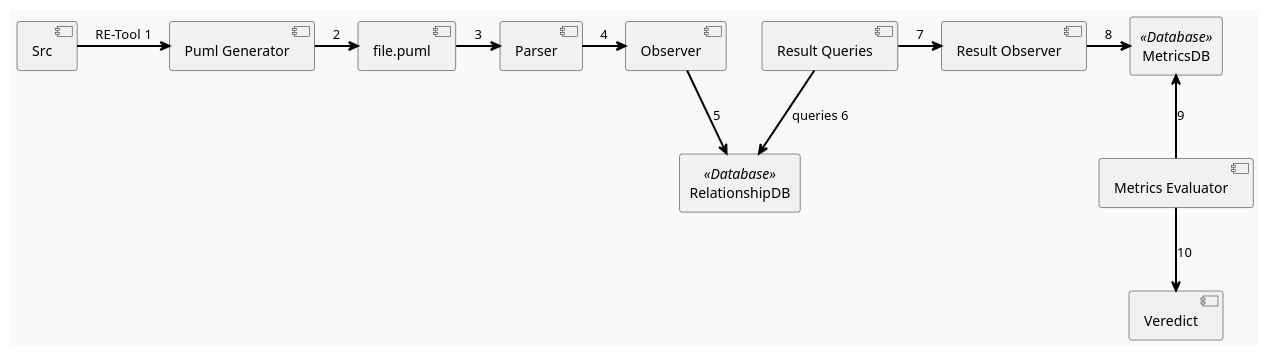
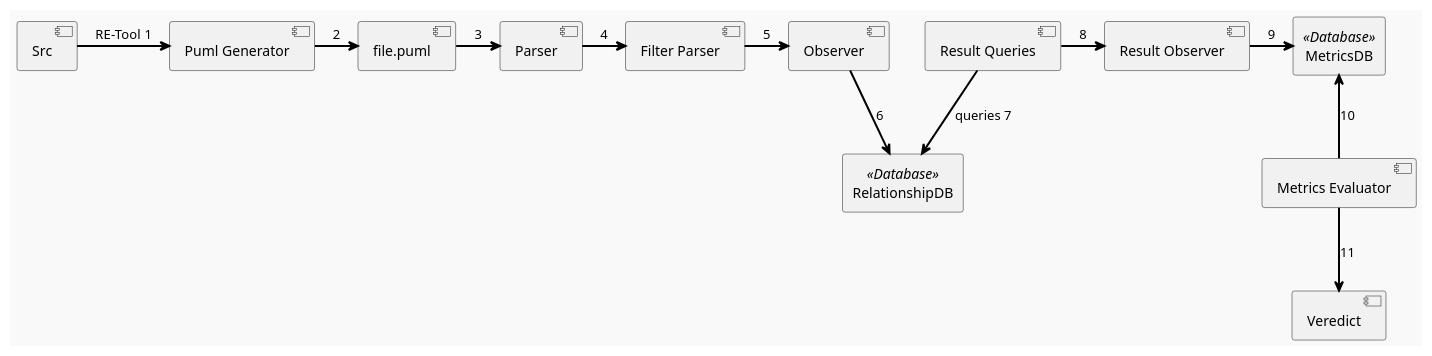
The diagram in Desing/ComunicationDiagram.plantuml (GonzaloGarciaZurlo/CodeDesignDeltaEvaluator), drawn with PlantUML before and after one commit. The commit also changed 5 other files, not shown here.

```diff
--- a/Desing/ComunicationDiagram.plantuml
+++ b/Desing/ComunicationDiagram.plantuml
@@ -1,28 +1,28 @@
 @startuml ComunicationDiagram
 skinparam packageStyle rectangle
 skinparam shadowing false
 skinparam backgroundColor #F9F9F9
 skinparam packageBackgroundColor #DDDDDD
 skinparam packageBorderColor #000000
 skinparam arrowColor #000000
 skinparam arrowThickness 2
 
 package "RelationshipDB" <<Database>> {
 }
 
 package "MetricsDB" <<Database>> {
-
 }
 
 [Src] -> [Puml Generator] : RE-Tool 1
 [Puml Generator] -> [file.puml] : 2
 [file.puml] -> [Parser] : 3
-[Parser] -> [Observer] : 4
-[Observer] --> [RelationshipDB] : 5
-[Result Queries] --> [RelationshipDB] : queries 6
-[Result Queries] -> [Result Observer] : 7
-[Result Observer] -> [MetricsDB] : 8
-[MetricsDB] <-- [Metrics Evaluator] : 9
-[Metrics Evaluator] --> [Veredict] : 10
+[Parser] -> [Filter Parser] : 4
+[Filter Parser] -> [Observer] : 5
+[Observer] --> [RelationshipDB] : 6
+[Result Queries] --> [RelationshipDB] : queries 7
+[Result Queries] -> [Result Observer] : 8
+[Result Observer] -> [MetricsDB] : 9
+[MetricsDB] <-- [Metrics Evaluator] : 10
+[Metrics Evaluator] --> [Veredict] : 11
 
 @enduml
```
